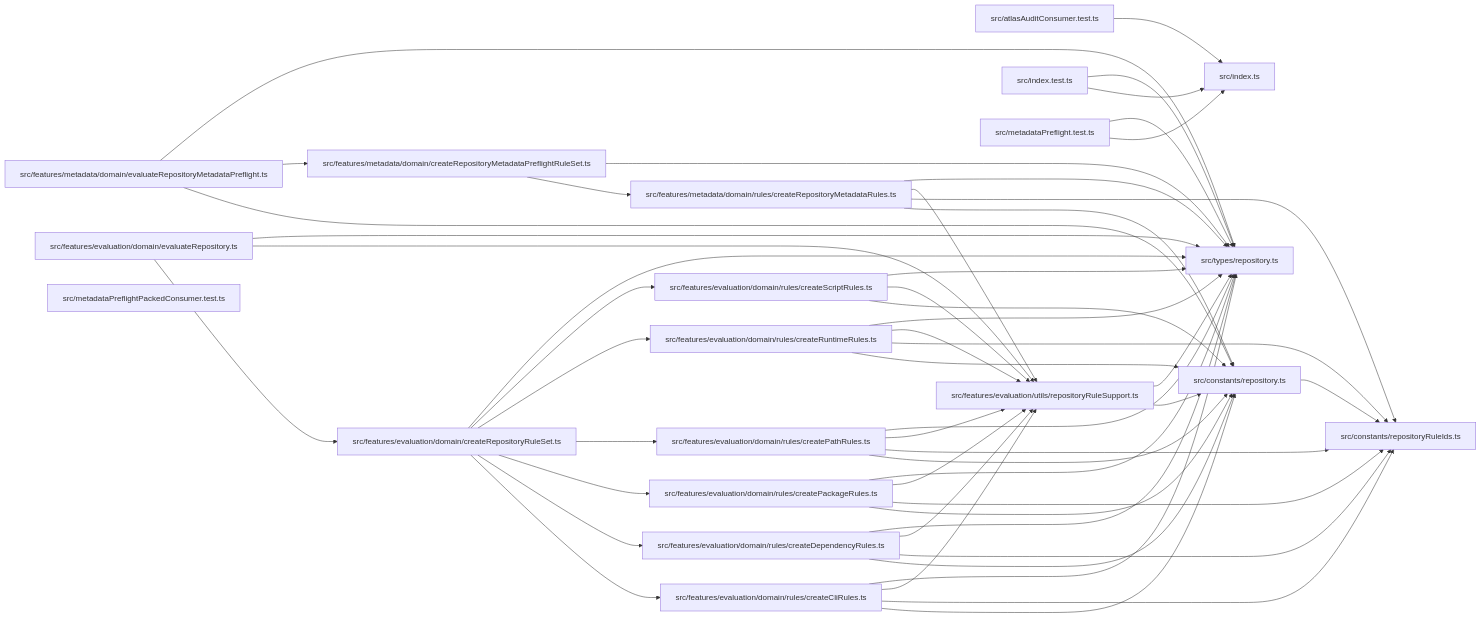
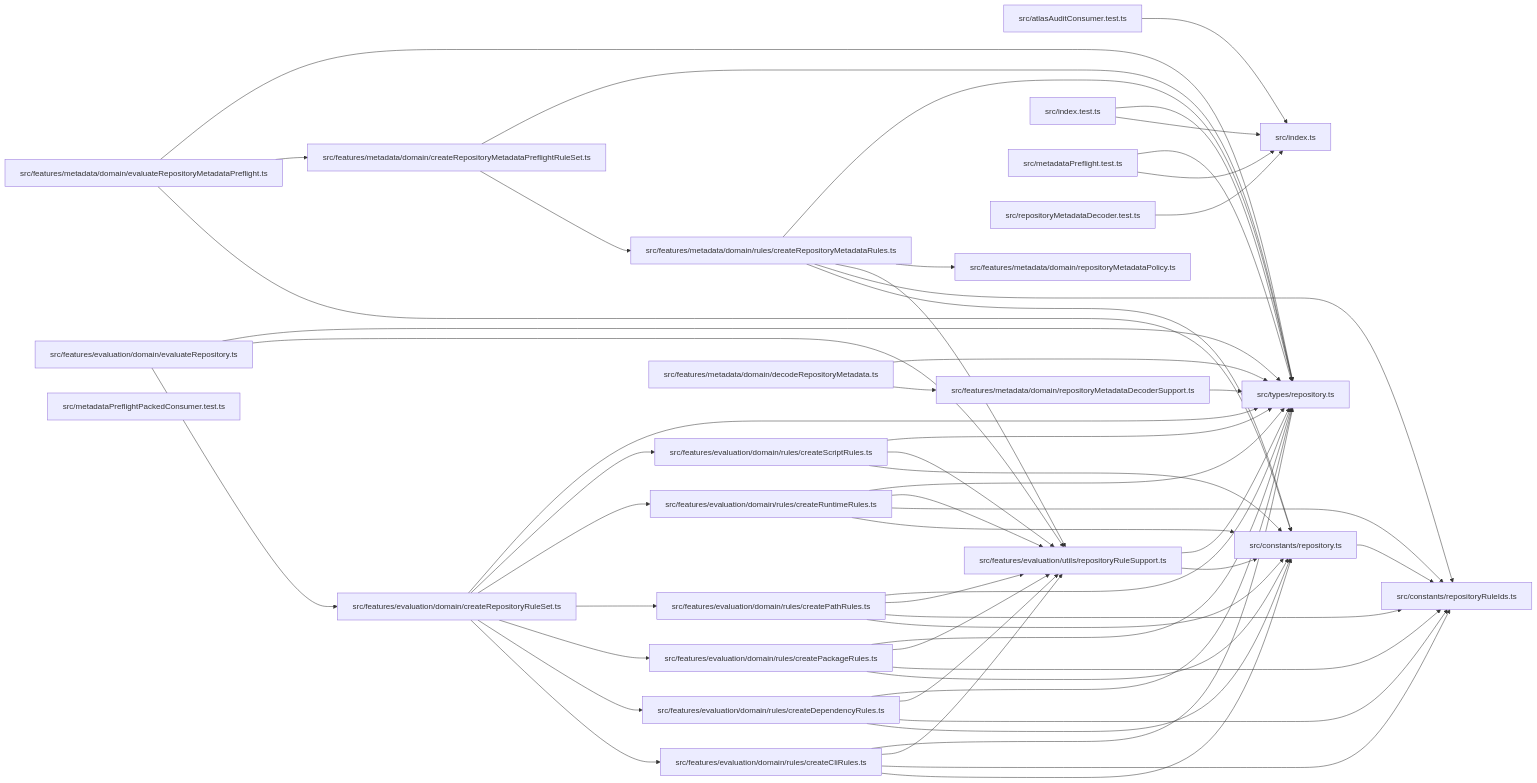
The diagram in paradox/diagrams/module-relationships.mmd (ankhorage/rules-repository), drawn with Mermaid before and after one commit. The commit also changed 11 other files, not shown here.

```diff
--- a/paradox/diagrams/module-relationships.mmd
+++ b/paradox/diagrams/module-relationships.mmd
@@ -1,71 +1,80 @@
 graph LR
   module_src_atlasAuditConsumer_test_ts["src/atlasAuditConsumer.test.ts"]
   module_src_constants_repository_ts["src/constants/repository.ts"]
   module_src_constants_repositoryRuleIds_ts["src/constants/repositoryRuleIds.ts"]
   module_src_features_evaluation_domain_createRepositoryRuleSet_ts["src/features/evaluation/domain/createRepositoryRuleSet.ts"]
   module_src_features_evaluation_domain_evaluateRepository_ts["src/features/evaluation/domain/evaluateRepository.ts"]
   module_src_features_evaluation_domain_rules_createCliRules_ts["src/features/evaluation/domain/rules/createCliRules.ts"]
   module_src_features_evaluation_domain_rules_createDependencyRules_ts["src/features/evaluation/domain/rules/createDependencyRules.ts"]
   module_src_features_evaluation_domain_rules_createPackageRules_ts["src/features/evaluation/domain/rules/createPackageRules.ts"]
   module_src_features_evaluation_domain_rules_createPathRules_ts["src/features/evaluation/domain/rules/createPathRules.ts"]
   module_src_features_evaluation_domain_rules_createRuntimeRules_ts["src/features/evaluation/domain/rules/createRuntimeRules.ts"]
   module_src_features_evaluation_domain_rules_createScriptRules_ts["src/features/evaluation/domain/rules/createScriptRules.ts"]
   module_src_features_evaluation_utils_repositoryRuleSupport_ts["src/features/evaluation/utils/repositoryRuleSupport.ts"]
   module_src_features_metadata_domain_createRepositoryMetadataPreflightRuleSet_ts["src/features/metadata/domain/createRepositoryMetadataPreflightRuleSet.ts"]
+  module_src_features_metadata_domain_decodeRepositoryMetadata_ts["src/features/metadata/domain/decodeRepositoryMetadata.ts"]
   module_src_features_metadata_domain_evaluateRepositoryMetadataPreflight_ts["src/features/metadata/domain/evaluateRepositoryMetadataPreflight.ts"]
+  module_src_features_metadata_domain_repositoryMetadataDecoderSupport_ts["src/features/metadata/domain/repositoryMetadataDecoderSupport.ts"]
+  module_src_features_metadata_domain_repositoryMetadataPolicy_ts["src/features/metadata/domain/repositoryMetadataPolicy.ts"]
   module_src_features_metadata_domain_rules_createRepositoryMetadataRules_ts["src/features/metadata/domain/rules/createRepositoryMetadataRules.ts"]
   module_src_index_test_ts["src/index.test.ts"]
   module_src_index_ts["src/index.ts"]
   module_src_metadataPreflight_test_ts["src/metadataPreflight.test.ts"]
   module_src_metadataPreflightPackedConsumer_test_ts["src/metadataPreflightPackedConsumer.test.ts"]
+  module_src_repositoryMetadataDecoder_test_ts["src/repositoryMetadataDecoder.test.ts"]
   module_src_types_repository_ts["src/types/repository.ts"]
   module_src_atlasAuditConsumer_test_ts --> module_src_index_ts
   module_src_constants_repository_ts --> module_src_constants_repositoryRuleIds_ts
   module_src_features_evaluation_domain_createRepositoryRuleSet_ts --> module_src_features_evaluation_domain_rules_createCliRules_ts
   module_src_features_evaluation_domain_createRepositoryRuleSet_ts --> module_src_features_evaluation_domain_rules_createDependencyRules_ts
   module_src_features_evaluation_domain_createRepositoryRuleSet_ts --> module_src_features_evaluation_domain_rules_createPackageRules_ts
   module_src_features_evaluation_domain_createRepositoryRuleSet_ts --> module_src_features_evaluation_domain_rules_createPathRules_ts
   module_src_features_evaluation_domain_createRepositoryRuleSet_ts --> module_src_features_evaluation_domain_rules_createRuntimeRules_ts
   module_src_features_evaluation_domain_createRepositoryRuleSet_ts --> module_src_features_evaluation_domain_rules_createScriptRules_ts
   module_src_features_evaluation_domain_createRepositoryRuleSet_ts --> module_src_types_repository_ts
   module_src_features_evaluation_domain_evaluateRepository_ts --> module_src_features_evaluation_domain_createRepositoryRuleSet_ts
   module_src_features_evaluation_domain_evaluateRepository_ts --> module_src_features_evaluation_utils_repositoryRuleSupport_ts
   module_src_features_evaluation_domain_evaluateRepository_ts --> module_src_types_repository_ts
   module_src_features_evaluation_domain_rules_createCliRules_ts --> module_src_constants_repository_ts
   module_src_features_evaluation_domain_rules_createCliRules_ts --> module_src_constants_repositoryRuleIds_ts
   module_src_features_evaluation_domain_rules_createCliRules_ts --> module_src_features_evaluation_utils_repositoryRuleSupport_ts
   module_src_features_evaluation_domain_rules_createCliRules_ts --> module_src_types_repository_ts
   module_src_features_evaluation_domain_rules_createDependencyRules_ts --> module_src_constants_repository_ts
   module_src_features_evaluation_domain_rules_createDependencyRules_ts --> module_src_constants_repositoryRuleIds_ts
   module_src_features_evaluation_domain_rules_createDependencyRules_ts --> module_src_features_evaluation_utils_repositoryRuleSupport_ts
   module_src_features_evaluation_domain_rules_createDependencyRules_ts --> module_src_types_repository_ts
   module_src_features_evaluation_domain_rules_createPackageRules_ts --> module_src_constants_repository_ts
   module_src_features_evaluation_domain_rules_createPackageRules_ts --> module_src_constants_repositoryRuleIds_ts
   module_src_features_evaluation_domain_rules_createPackageRules_ts --> module_src_features_evaluation_utils_repositoryRuleSupport_ts
   module_src_features_evaluation_domain_rules_createPackageRules_ts --> module_src_types_repository_ts
   module_src_features_evaluation_domain_rules_createPathRules_ts --> module_src_constants_repository_ts
   module_src_features_evaluation_domain_rules_createPathRules_ts --> module_src_constants_repositoryRuleIds_ts
   module_src_features_evaluation_domain_rules_createPathRules_ts --> module_src_features_evaluation_utils_repositoryRuleSupport_ts
   module_src_features_evaluation_domain_rules_createPathRules_ts --> module_src_types_repository_ts
   module_src_features_evaluation_domain_rules_createRuntimeRules_ts --> module_src_constants_repository_ts
   module_src_features_evaluation_domain_rules_createRuntimeRules_ts --> module_src_constants_repositoryRuleIds_ts
   module_src_features_evaluation_domain_rules_createRuntimeRules_ts --> module_src_features_evaluation_utils_repositoryRuleSupport_ts
   module_src_features_evaluation_domain_rules_createRuntimeRules_ts --> module_src_types_repository_ts
   module_src_features_evaluation_domain_rules_createScriptRules_ts --> module_src_constants_repository_ts
   module_src_features_evaluation_domain_rules_createScriptRules_ts --> module_src_features_evaluation_utils_repositoryRuleSupport_ts
   module_src_features_evaluation_domain_rules_createScriptRules_ts --> module_src_types_repository_ts
   module_src_features_evaluation_utils_repositoryRuleSupport_ts --> module_src_constants_repository_ts
   module_src_features_evaluation_utils_repositoryRuleSupport_ts --> module_src_types_repository_ts
   module_src_features_metadata_domain_createRepositoryMetadataPreflightRuleSet_ts --> module_src_features_metadata_domain_rules_createRepositoryMetadataRules_ts
   module_src_features_metadata_domain_createRepositoryMetadataPreflightRuleSet_ts --> module_src_types_repository_ts
+  module_src_features_metadata_domain_decodeRepositoryMetadata_ts --> module_src_features_metadata_domain_repositoryMetadataDecoderSupport_ts
+  module_src_features_metadata_domain_decodeRepositoryMetadata_ts --> module_src_types_repository_ts
   module_src_features_metadata_domain_evaluateRepositoryMetadataPreflight_ts --> module_src_constants_repository_ts
   module_src_features_metadata_domain_evaluateRepositoryMetadataPreflight_ts --> module_src_features_metadata_domain_createRepositoryMetadataPreflightRuleSet_ts
   module_src_features_metadata_domain_evaluateRepositoryMetadataPreflight_ts --> module_src_types_repository_ts
+  module_src_features_metadata_domain_repositoryMetadataDecoderSupport_ts --> module_src_types_repository_ts
   module_src_features_metadata_domain_rules_createRepositoryMetadataRules_ts --> module_src_constants_repository_ts
   module_src_features_metadata_domain_rules_createRepositoryMetadataRules_ts --> module_src_constants_repositoryRuleIds_ts
   module_src_features_metadata_domain_rules_createRepositoryMetadataRules_ts --> module_src_features_evaluation_utils_repositoryRuleSupport_ts
+  module_src_features_metadata_domain_rules_createRepositoryMetadataRules_ts --> module_src_features_metadata_domain_repositoryMetadataPolicy_ts
   module_src_features_metadata_domain_rules_createRepositoryMetadataRules_ts --> module_src_types_repository_ts
   module_src_index_test_ts --> module_src_index_ts
   module_src_index_test_ts --> module_src_types_repository_ts
   module_src_metadataPreflight_test_ts --> module_src_index_ts
   module_src_metadataPreflight_test_ts --> module_src_types_repository_ts
+  module_src_repositoryMetadataDecoder_test_ts --> module_src_index_ts
```
